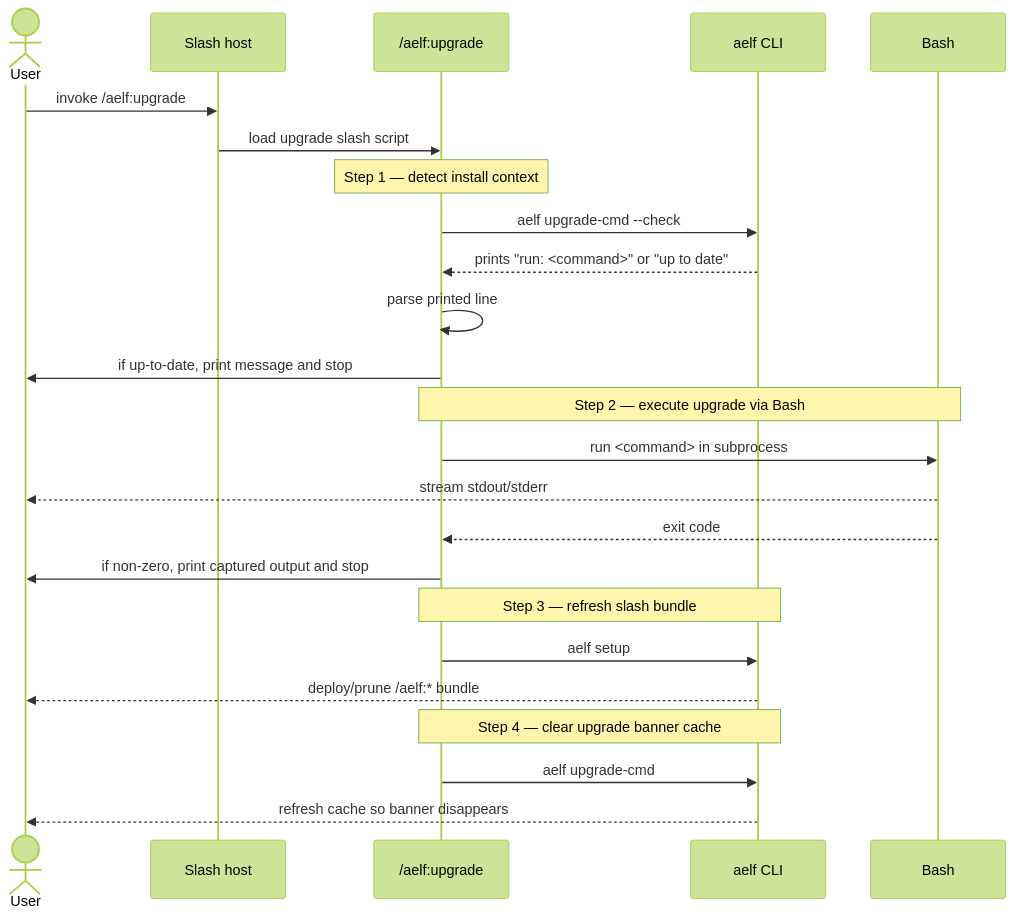
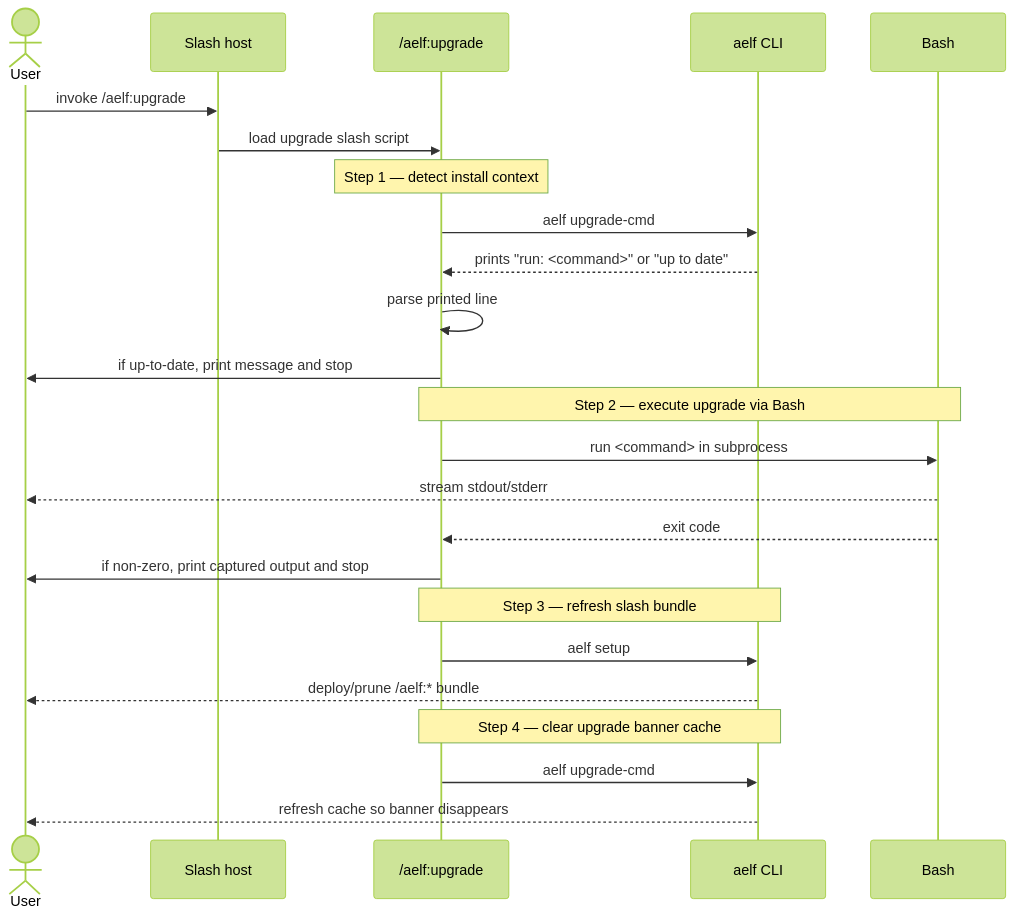
Before and after one commit to robotrocketscience/aelfrice: the first of 2 diagrams in docs/SLASH_COMMANDS.md, drawn with Mermaid (forest theme). The commit also changed 1 other file, not shown here.

Commit message:
fix(slash): /aelf:upgrade uses no-flag aelf upgrade-cmd for cross-CLI parse safety (#530)
The v2.0.1 slash file invokes `aelf upgrade-cmd --check` and parses
`run:` from the output, but v2.0.1's CLI suppresses `run:` under
`--check` (the symmetry fix #522 is staged for v2.0.2). Result: on
v2.0.1 the slash silently produces nothing parseable, the upgrade
never runs, and the partial output's `(installed: <old>)` line reads
as a status report rather than a failure (#530).

Switch step 1 to the no-flag form. The no-flag form has emitted
`run:` on every released CLI back to v1.0.1, so the slash is robust
against this flag-gated regression class regardless of which CLI
version it ships against.

Sequence diagram in docs/SLASH_COMMANDS.md updated to match.

````diff
--- a/docs/SLASH_COMMANDS.md
+++ b/docs/SLASH_COMMANDS.md
@@ -49,31 +49,31 @@
 ```mermaid
 sequenceDiagram
     actor User
     participant SlashHost as Slash host
     participant Slash as /aelf:upgrade
     participant CLI as aelf CLI
     participant Bash
 
     User->>SlashHost: invoke /aelf:upgrade
     SlashHost->>Slash: load upgrade slash script
 
     Note over Slash: Step 1 — detect install context
-    Slash->>CLI: aelf upgrade-cmd --check
+    Slash->>CLI: aelf upgrade-cmd
     CLI-->>Slash: prints "run: <command>" or "up to date"
     Slash->>Slash: parse printed line
     Slash->>User: if up-to-date, print message and stop
 
     Note over Slash,Bash: Step 2 — execute upgrade via Bash
     Slash->>Bash: run <command> in subprocess
     Bash-->>User: stream stdout/stderr
     Bash-->>Slash: exit code
     Slash->>User: if non-zero, print captured output and stop
 
     Note over Slash,CLI: Step 3 — refresh slash bundle
     Slash->>CLI: aelf setup
     CLI-->>User: deploy/prune /aelf:* bundle
 
     Note over Slash,CLI: Step 4 — clear upgrade banner cache
     Slash->>CLI: aelf upgrade-cmd
     CLI-->>User: refresh cache so banner disappears
 ```
````
